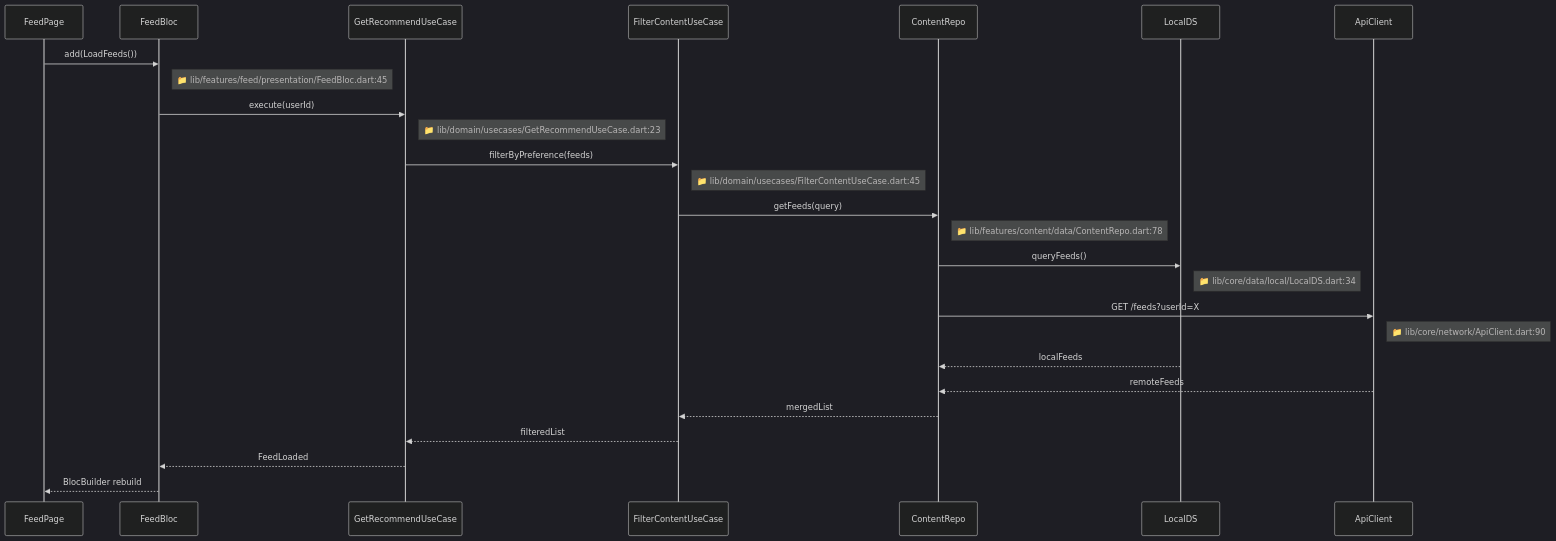
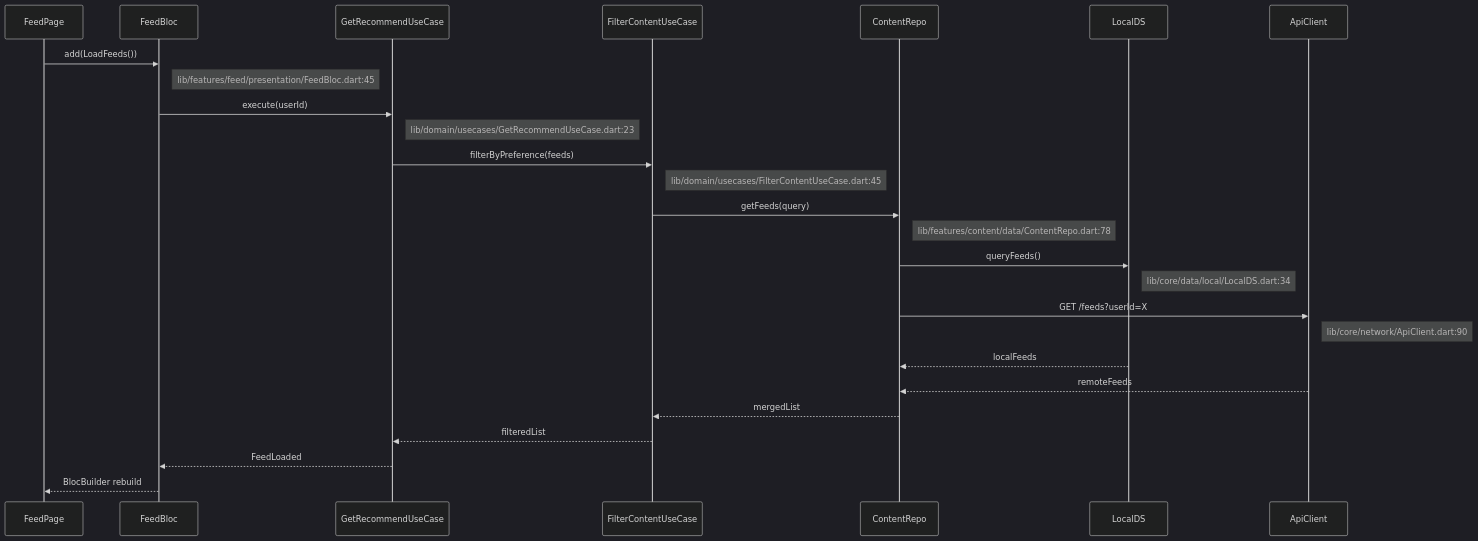
Before and after one commit to CaostGrace/project-arch-reverse: the sixth of 6 diagrams in references/flutter-template.md, drawn with Mermaid (dark theme). The commit also changed other lines of this file and 10 other files, not shown here.

Commit message:
fix: 修复 12.1 流程图 Mermaid 渲染问题 - 结构重组+节点引号+形状修复

````diff
--- a/references/flutter-template.md
+++ b/references/flutter-template.md
@@ -444,29 +460,29 @@
 ```mermaid
 sequenceDiagram
     participant Page as FeedPage
     participant Bloc as FeedBloc
     participant UC as GetRecommendUseCase
     participant Filter as FilterContentUseCase
     participant Repo as ContentRepo
     participant Local as LocalDS
     participant Remote as ApiClient
 
     Page->>Bloc: add(LoadFeeds())
-    Note right of Bloc: 📁 lib/features/feed/presentation/FeedBloc.dart:45
+    Note right of Bloc:  lib/features/feed/presentation/FeedBloc.dart:45
     Bloc->>UC: execute(userId)
-    Note right of UC: 📁 lib/domain/usecases/GetRecommendUseCase.dart:23
+    Note right of UC:  lib/domain/usecases/GetRecommendUseCase.dart:23
     UC->>Filter: filterByPreference(feeds)
-    Note right of Filter: 📁 lib/domain/usecases/FilterContentUseCase.dart:45
+    Note right of Filter:  lib/domain/usecases/FilterContentUseCase.dart:45
     Filter->>Repo: getFeeds(query)
-    Note right of Repo: 📁 lib/features/content/data/ContentRepo.dart:78
+    Note right of Repo:  lib/features/content/data/ContentRepo.dart:78
     Repo->>Local: queryFeeds()
-    Note right of Local: 📁 lib/core/data/local/LocalDS.dart:34
+    Note right of Local:  lib/core/data/local/LocalDS.dart:34
     Repo->>Remote: GET /feeds?userId=X
-    Note right of Remote: 📁 lib/core/network/ApiClient.dart:90
+    Note right of Remote:  lib/core/network/ApiClient.dart:90
     Local-->>Repo: localFeeds
     Remote-->>Repo: remoteFeeds
     Repo-->>Filter: mergedList
     Filter-->>UC: filteredList
     UC-->>Bloc: FeedLoaded
     Bloc-->>Page: BlocBuilder rebuild
 ```
````
